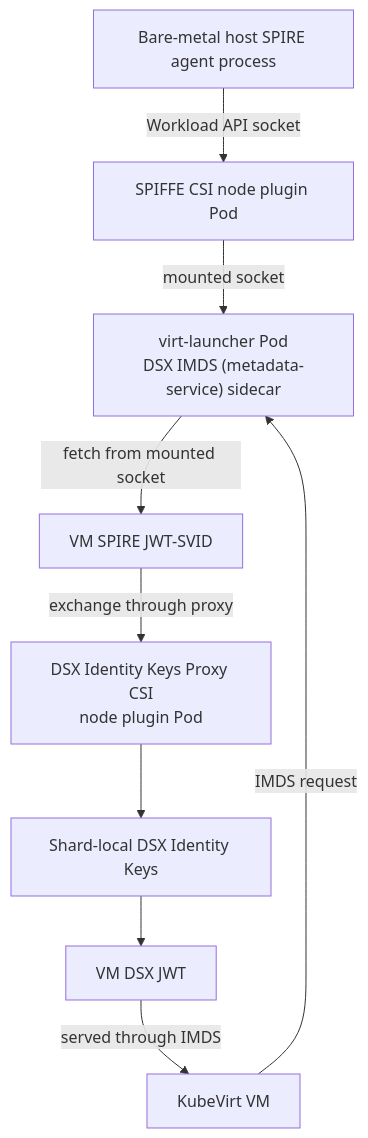
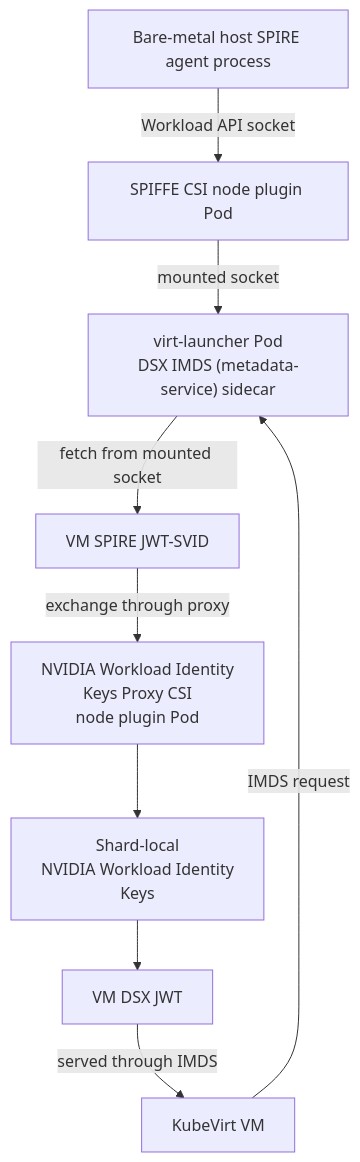
Before and after one commit to dsx-ai-factory/nvidia-workload-identity: the second of 3 diagrams in cmd/metadata-service/README.md, drawn with Mermaid. The commit also changed other lines of this file and 41 other files, not shown here.

First line of the commit message:
fix(NO-REF): update NVIDIA Workload Identity display names

````diff
--- a/cmd/metadata-service/README.md
+++ b/cmd/metadata-service/README.md
@@ -49,20 +49,20 @@
 ```mermaid
 flowchart TB
   HostAgent["Bare-metal host SPIRE agent process"]
   CSI["SPIFFE CSI node plugin Pod"]
   VMMetadata["virt-launcher Pod<br/>DSX IMDS (metadata-service) sidecar"]
-  Proxy["DSX Identity Keys Proxy CSI<br/>node plugin Pod"]
-  IdentityKeys["Shard-local DSX Identity Keys"]
+  Proxy["NVIDIA Workload Identity<br/>Keys Proxy CSI<br/>node plugin Pod"]
+  IdentityKeys["Shard-local<br/>NVIDIA Workload Identity<br/>Keys"]
   VMJWT["VM SPIRE JWT-SVID"]
   DSXJWT["VM DSX JWT"]
   VM["KubeVirt VM"]
 
   HostAgent -->|"Workload API socket"| CSI
   CSI -->|"mounted socket"| VMMetadata
   VMMetadata -->|"fetch from mounted socket"| VMJWT
   VMJWT -->|"exchange through proxy"| Proxy
   Proxy --> IdentityKeys
   IdentityKeys --> DSXJWT
   VM -->|"IMDS request"| VMMetadata
   DSXJWT -->|"served through IMDS"| VM
 ```
````
